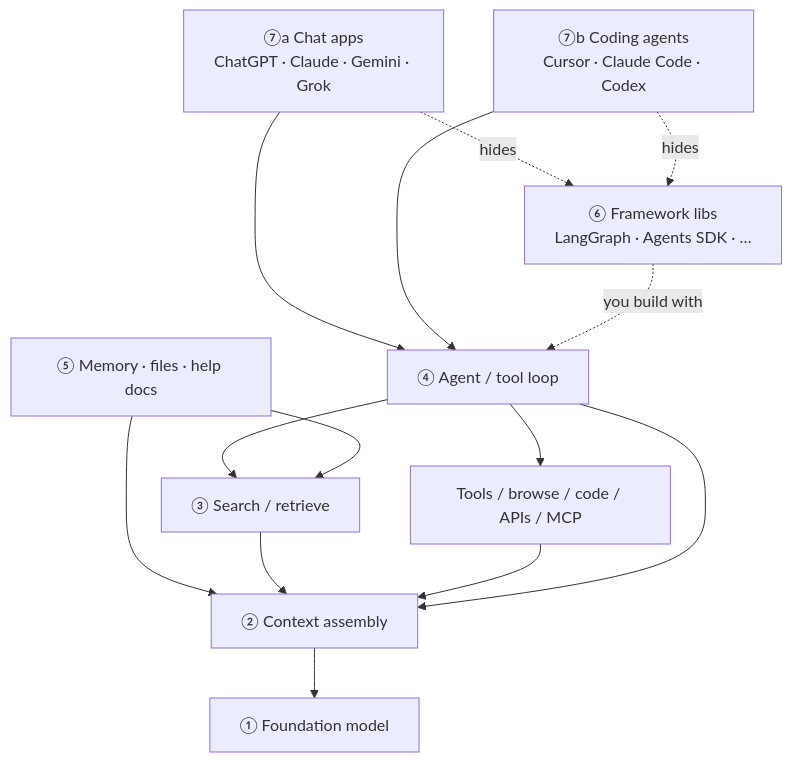
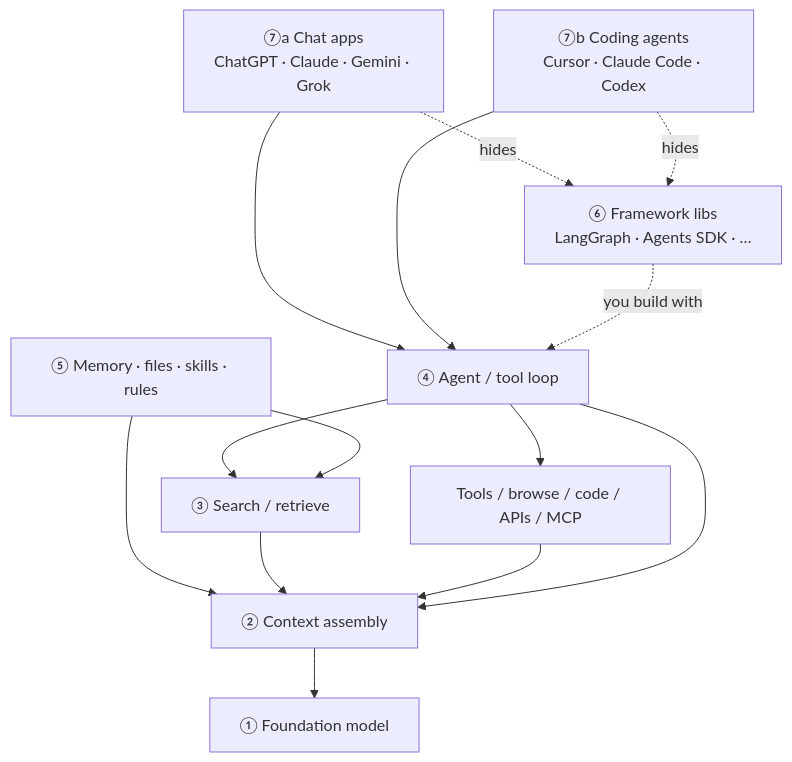
The first of 40 diagrams in LLM/llm.md (cshbli/ML-CV-AI), drawn with Mermaid before and after one commit. The commit also changed other lines of this file, not shown here.

Commit message:
add agent skills

````diff
--- a/LLM/llm.md
+++ b/LLM/llm.md
@@ -9,26 +9,26 @@
 ```mermaid
 flowchart TB
     Chat["⑦a Chat apps\nChatGPT · Claude · Gemini · Grok"]
     Code["⑦b Coding agents\nCursor · Claude Code · Codex"]
     FW["⑥ Framework libs\nLangGraph · Agents SDK · …"]
     AG["④ Agent / tool loop"]
     Tools["Tools / browse / code / APIs / MCP"]
-    Wiki["⑤ Memory · files · help docs"]
+    Wiki["⑤ Memory · files · skills · rules"]
     RAG["③ Search / retrieve"]
     Ctx["② Context assembly"]
     LLM["① Foundation model"]
 
     Chat --> AG
     Code --> AG
     FW -.->|"you build with"| AG
     Chat -.->|"hides"| FW
     Code -.->|"hides"| FW
     AG --> Tools
     AG --> RAG
     Wiki --> RAG
     Wiki --> Ctx
     RAG --> Ctx
     Tools --> Ctx
     AG --> Ctx
     Ctx --> LLM
 ```
````
